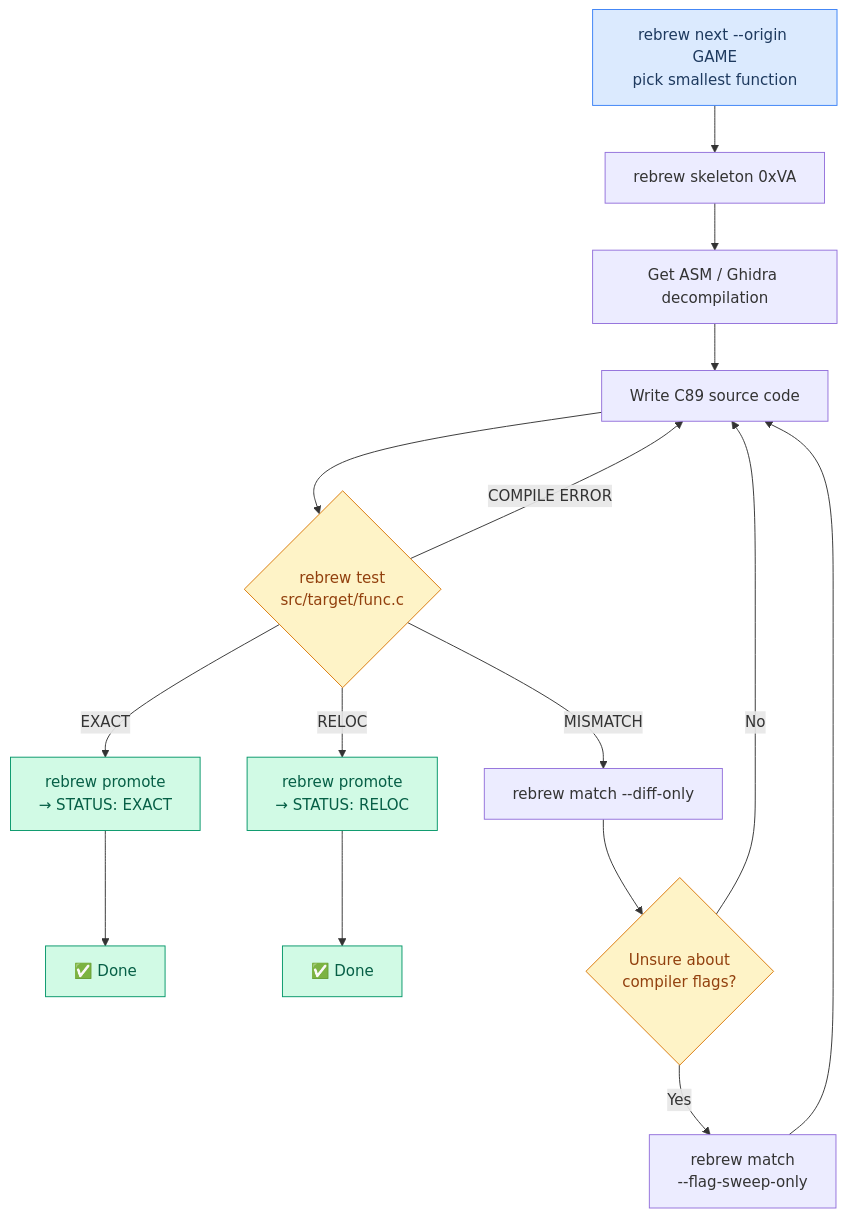
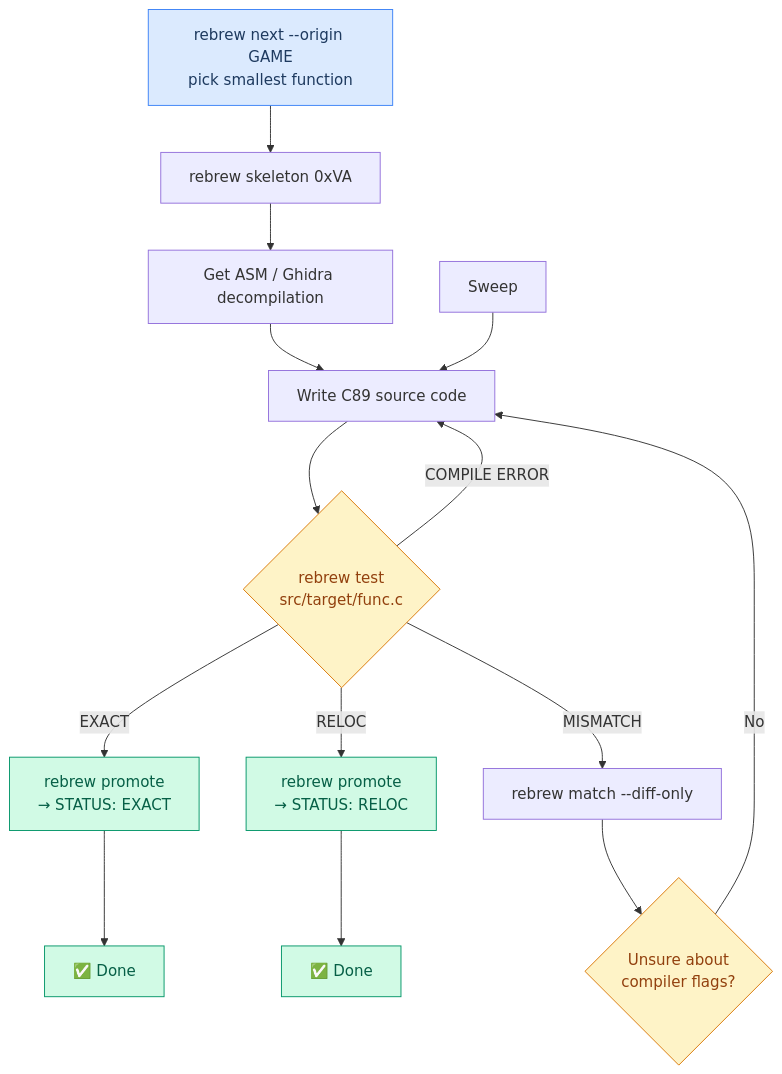
Before and after one commit to maci0/rebrew: the fourth of 16 diagrams in docs/USER_STORIES.md, drawn with Mermaid. The commit also changed 9 other files, not shown here.

````diff
--- a/docs/USER_STORIES.md
+++ b/docs/USER_STORIES.md
@@ -116,25 +116,24 @@
 ```mermaid
 graph TD
     Pick["rebrew next --origin GAME<br/>pick smallest function"] --> Skel["rebrew skeleton 0xVA"]
     Skel --> Decompile["Get ASM / Ghidra decompilation"]
     Decompile --> Write["Write C89 source code"]
     Write --> Test{"rebrew test<br/>src/target/func.c"}
     Test -->|EXACT| Promote["rebrew promote<br/>→ STATUS: EXACT"]
     Promote --> Done["✅ Done"]
     Test -->|RELOC| PromoteR["rebrew promote<br/>→ STATUS: RELOC"]
     PromoteR --> DoneR["✅ Done"]
     Test -->|MISMATCH| Diff["rebrew match --diff-only"]
     Test -->|COMPILE ERROR| Write
     Diff --> Flags{"Unsure about<br/>compiler flags?"}
-    Flags -->|Yes| Sweep["rebrew match<br/>--flag-sweep-only"]
     Sweep --> Write
     Flags -->|No| Write
 
     style Pick fill:#dbeafe,stroke:#3b82f6,color:#1e3a5f
     style Promote fill:#d1fae5,stroke:#059669,color:#065f46
     style PromoteR fill:#d1fae5,stroke:#059669,color:#065f46
     style Done fill:#d1fae5,stroke:#059669,color:#065f46
     style DoneR fill:#d1fae5,stroke:#059669,color:#065f46
     style Test fill:#fef3c7,stroke:#d97706,color:#92400e
     style Flags fill:#fef3c7,stroke:#d97706,color:#92400e
 ```
````
